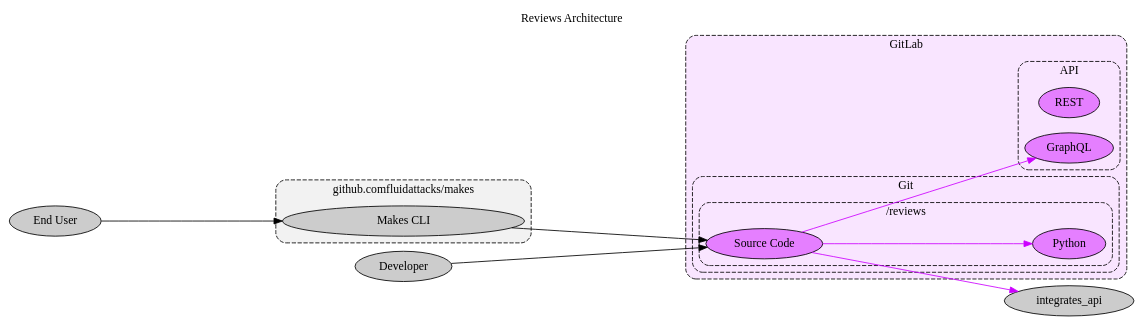
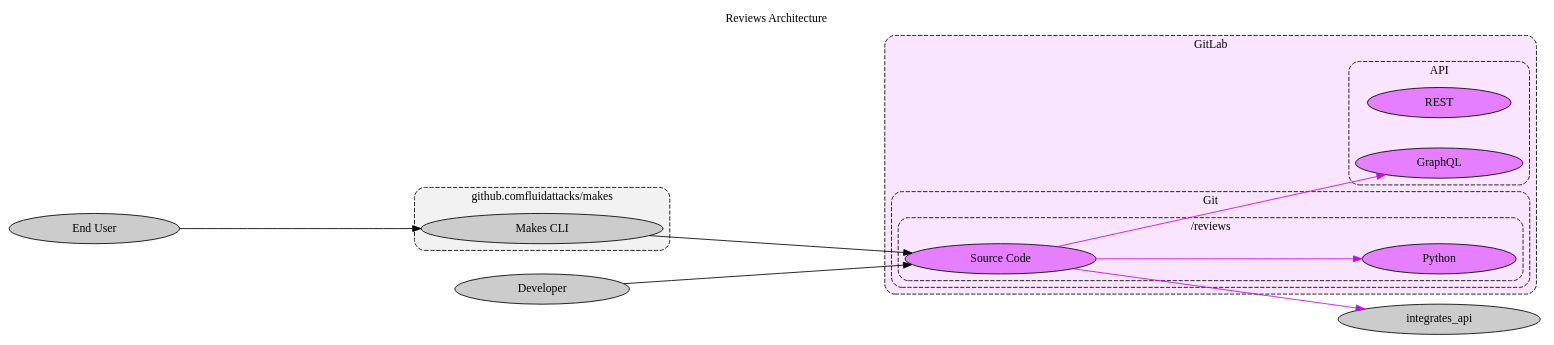
One commit to jeanbaptistemora/fluidattacks-universe2 changed the diagram in docs/src/docs/development/products/reviews-arch.dot. Above: the diagram before and after it, drawn with Graphviz. The commit also changed 18 other files, not shown here.

```diff
--- a/docs/src/docs/development/products/reviews-arch.dot
+++ b/docs/src/docs/development/products/reviews-arch.dot
@@ -1,62 +1,63 @@
 // SPDX-FileCopyrightText: 2022 Fluid Attacks <development@fluidattacks.com>
 //
 // SPDX-License-Identifier: MPL-2.0
 
 digraph reviews {
   label="Reviews Architecture"
   labelloc="t"
   compound="true"
   concentrate="true"
-  ranksep="3.0"
   rankdir="LR"
-  scale="scalexy"
+  ranksep="4.0"
+  nodesep="0.5"
+  overlap="scalexy"
 
-  node[style="filled"]
+  node[style="filled" margin="0.8,0.0"]
   graph[style="dashed,rounded"]
 
   subgraph cluster_gitlab {
     label="GitLab"
     bgcolor="0.8 0.1 1.0"
     node[fillcolor="0.8 0.5 1.0"]
 
     subgraph cluster_gitlab_git {
       label="Git"
 
       subgraph cluster_gitlab_reviews {
         label="/reviews"
 
         gitlab_reviews[label="Source Code"]
         gitlab_reviews_python[label="Python"]
       }
     }
 
     subgraph cluster_gitlab_api {
       label="API"
 
       gitlab_api_rest[label="REST"]
       gitlab_api_graphql[label="GraphQL"]
     }
   }
 
   subgraph cluster_makes {
     label="github.comfluidattacks/makes"
     bgcolor="0.0 0.0 0.95"
     node[fillcolor="0.0 0.0 0.8"]
 
     makes_cli[label="Makes CLI" width="4.0"]
   }
 
   node[fillcolor="0.0 0.0 0.8"]
   end_user[label="End User"]
   developer[label="Developer"]
 
   edge[color="0.8 1.0 1.0"]
   gitlab_reviews -> gitlab_api_graphql[]
   gitlab_reviews -> gitlab_reviews_python[]
   gitlab_reviews -> integrates_api[]
 
   edge[color="0.0 0.0 0.0"]
   developer -> gitlab_reviews[]
   end_user -> makes_cli[]
   makes_cli -> gitlab_reviews[]
 }
```
